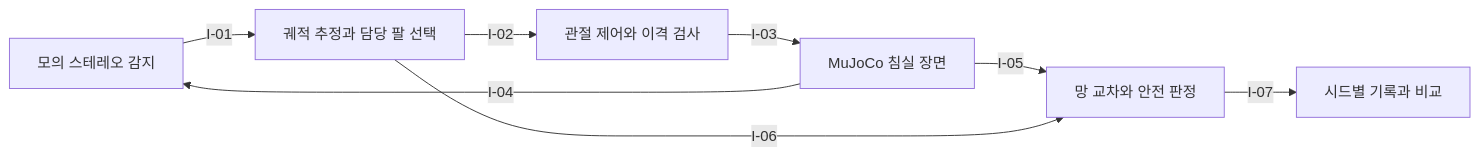
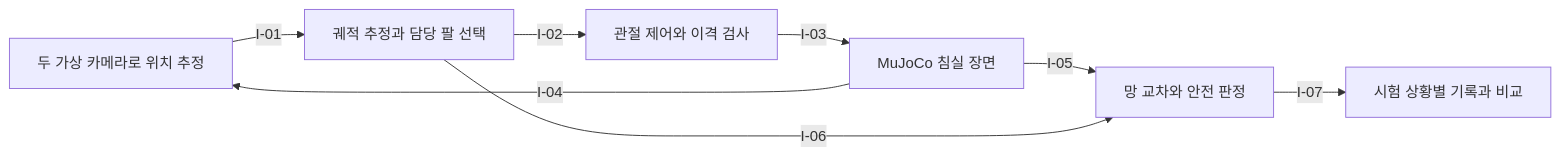
Before and after one commit to mosquito-swatter-robolab/docs: the diagram in architecture/architecture.md, drawn with Mermaid. The commit also changed other lines of this file and 46 other files, not shown here.

````diff
--- a/architecture/architecture.md
+++ b/architecture/architecture.md
@@ -7,10 +13,10 @@
 ```mermaid
 flowchart LR
-    S["모의 스테레오 감지"] -->|I-01| D["궤적 추정과 담당 팔 선택"]
+    S["두 가상 카메라로 위치 추정"] -->|I-01| D["궤적 추정과 담당 팔 선택"]
     D -->|I-02| A["관절 제어와 이격 검사"]
     A -->|I-03| M["MuJoCo 침실 장면"]
     M -->|I-04| S
     M -->|I-05| J["망 교차와 안전 판정"]
     D -->|I-06| J
-    J -->|I-07| L["시드별 기록과 비교"]
+    J -->|I-07| L["시험 상황별 기록과 비교"]
 ```
````
